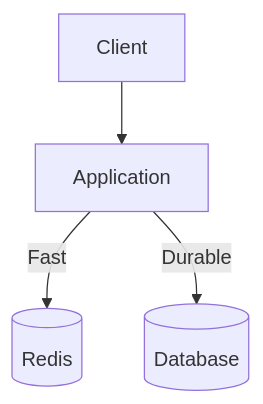
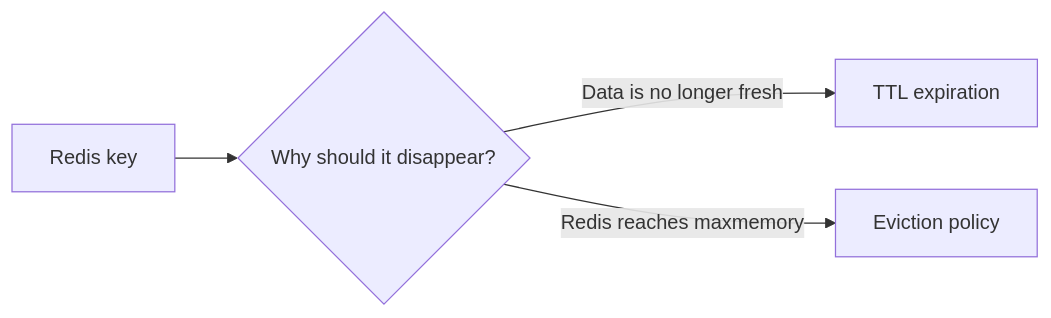
Before and after one commit to AvadhBhalodiya/Interview-Preparation: the first of 9 diagrams in src/content/caching/cache-strategies.md, drawn with Mermaid. The commit also changed other lines of this file and 54 other files, not shown here.

````diff
--- a/src/content/caching/cache-strategies.md
+++ b/src/content/caching/cache-strategies.md
@@ -56,6 +25,6 @@
 ```mermaid
-flowchart TD
-    C[Client] --> A[Application]
-    A -->|Fast| R[(Redis)]
-    A -->|Durable| D[(Database)]
+flowchart LR
+    A[Redis key] --> B{Why should it disappear?}
+    B -->|Data is no longer fresh| C[TTL expiration]
+    B -->|Redis reaches maxmemory| D[Eviction policy]
 ```
````
